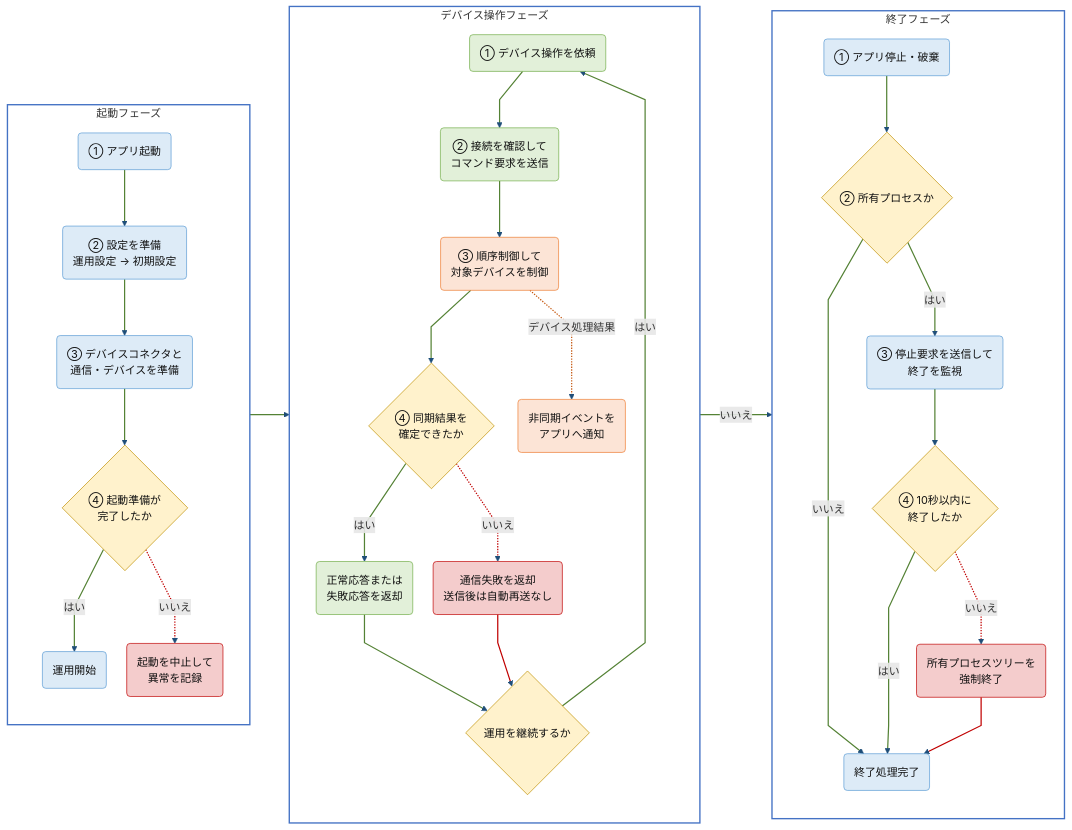
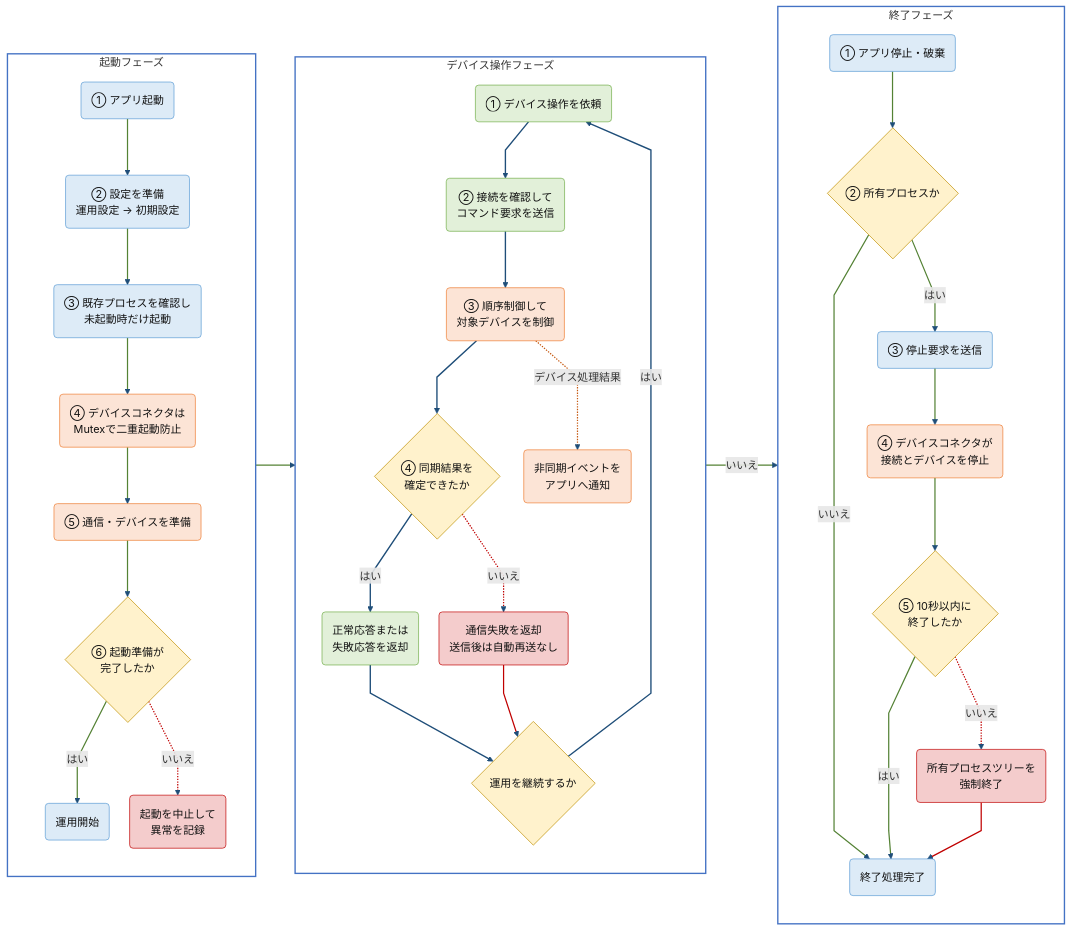
One commit to vti-sam/smj-ks-pos-stored changed the third of 3 diagrams in artifacts/reports/architecture/ARCH-HOST-01_タブレットPOS_デバイスコネクタ基本設計書/ARCH-HOST-01_タブレットPOS_デバイスコネクタ基本設計書.md. Above: the diagram before and after it, drawn with Mermaid. The commit also changed other lines of this file and 19 other files, not shown here.

````diff
--- a/artifacts/reports/architecture/ARCH-HOST-01_タブレットPOS_デバイスコネクタ基本設計書/ARCH-HOST-01_タブレットPOS_デバイスコネクタ基本設計書.md
+++ b/artifacts/reports/architecture/ARCH-HOST-01_タブレットPOS_デバイスコネクタ基本設計書/ARCH-HOST-01_タブレットPOS_デバイスコネクタ基本設計書.md
@@ -414,73 +416,76 @@
 ```mermaid
 %%{init: {"flowchart": {"defaultRenderer": "dagre", "curve": "linear", "nodeSpacing": 30, "rankSpacing": 58}}}%%
 flowchart LR
     subgraph START["起動フェーズ"]
         direction TB
         S1("① アプリ起動")
         S2("② 設定を準備<br/>運用設定 → 初期設定")
-        S3("③ デバイスコネクタと<br/>通信・デバイスを準備")
-        S4{"④ 起動準備が<br/>完了したか"}
-        S5("運用開始")
+        S3("③ 既存プロセスを確認し<br/>未起動時だけ起動")
+        S4("④ デバイスコネクタは<br/>Mutexで二重起動防止")
+        S5("⑤ 通信・デバイスを準備")
+        S6{"⑥ 起動準備が<br/>完了したか"}
+        S7("運用開始")
         START_ERROR("起動を中止して<br/>異常を記録")
 
-        S1 --> S2 --> S3 --> S4
-        S4 -->|はい| S5
-        S4 -.->|いいえ| START_ERROR
+        S1 --> S2 --> S3 --> S4 --> S5 --> S6
+        S6 -->|はい| S7
+        S6 -.->|いいえ| START_ERROR
     end
 
     subgraph OPERATION["デバイス操作フェーズ"]
         direction TB
         O1("① デバイス操作を依頼")
         O2("② 接続を確認して<br/>コマンド要求を送信")
         O3("③ 順序制御して<br/>対象デバイスを制御")
         O4{"④ 同期結果を<br/>確定できたか"}
         O5("正常応答または<br/>失敗応答を返却")
         COMM_ERROR("通信失敗を返却<br/>送信後は自動再送なし")
         O6{"運用を継続するか"}
         EVENT("非同期イベントを<br/>アプリへ通知")
 
         O1 --> O2 --> O3 --> O4
         O4 -->|はい| O5 --> O6
         O4 -.->|いいえ| COMM_ERROR --> O6
         O6 -->|はい| O1
         O3 -.->|デバイス処理結果| EVENT
     end
 
     subgraph STOP["終了フェーズ"]
         direction TB
         T1("① アプリ停止・破棄")
         T2{"② 所有プロセスか"}
-        T3("③ 停止要求を送信して<br/>終了を監視")
-        T4{"④ 10秒以内に<br/>終了したか"}
-        T5("所有プロセスツリーを<br/>強制終了")
-        T6("終了処理完了")
+        T3("③ 停止要求を送信")
+        T4("④ デバイスコネクタが<br/>接続とデバイスを停止")
+        T5{"⑤ 10秒以内に<br/>終了したか"}
+        T6("所有プロセスツリーを<br/>強制終了")
+        T7("終了処理完了")
 
         T1 --> T2
-        T2 -->|いいえ| T6
+        T2 -->|いいえ| T7
         T2 -->|はい| T3
-        T3 --> T4
-        T4 -->|はい| T6
-        T4 -.->|いいえ| T5 --> T6
+        T3 --> T4 --> T5
+        T5 -->|はい| T7
+        T5 -.->|いいえ| T6 --> T7
     end
 
-    S5 --> O1
+    S7 --> O1
     O6 -->|いいえ| T1
 
     classDef app fill:#DDEBF7,stroke:#5B9BD5,color:#111111
     classDef control fill:#E2F0D9,stroke:#70AD47,color:#111111
     classDef host fill:#FCE4D6,stroke:#ED7D31,color:#111111
     classDef decision fill:#FFF2CC,stroke:#BF9000,color:#111111
     classDef error fill:#F4CCCC,stroke:#C00000,color:#111111
-    class S1,S2,S3,S5,T1,T2,T3,T4,T6 app
+    class S1,S2,S3,S7,T1,T2,T3,T5,T7 app
     class O1,O2,O4,O5,O6 control
-    class O3,EVENT host
-    class S4,O4,O6,T2,T4 decision
-    class START_ERROR,COMM_ERROR,T5 error
+    class S4,S5,O3,EVENT,T4 host
+    class S6,O4,O6,T2,T5 decision
+    class START_ERROR,COMM_ERROR,T6 error
     style START fill:#FFFFFF,stroke:#4472C4,stroke-width:2px
     style OPERATION fill:#FFFFFF,stroke:#4472C4,stroke-width:2px
     style STOP fill:#FFFFFF,stroke:#4472C4,stroke-width:2px
     linkStyle default stroke:#1F4E79,stroke-width:2px
-    linkStyle 4,10,11,19,20 stroke:#C00000,stroke-width:1.8px
-    linkStyle 13 stroke:#C65911,stroke-width:1.8px
-    linkStyle 0,1,2,3,5,6,7,8,9,12,14,15,16,17,18,21,22 stroke:#548235,stroke-width:1.8px
+    linkStyle 6,12,13,22,23 stroke:#C00000,stroke-width:1.8px
+    linkStyle 15 stroke:#C65911,stroke-width:1.8px
+    linkStyle 0,1,2,3,4,5,16,17,18,19,20,21,24,25 stroke:#548235,stroke-width:1.8px
 ```
````
